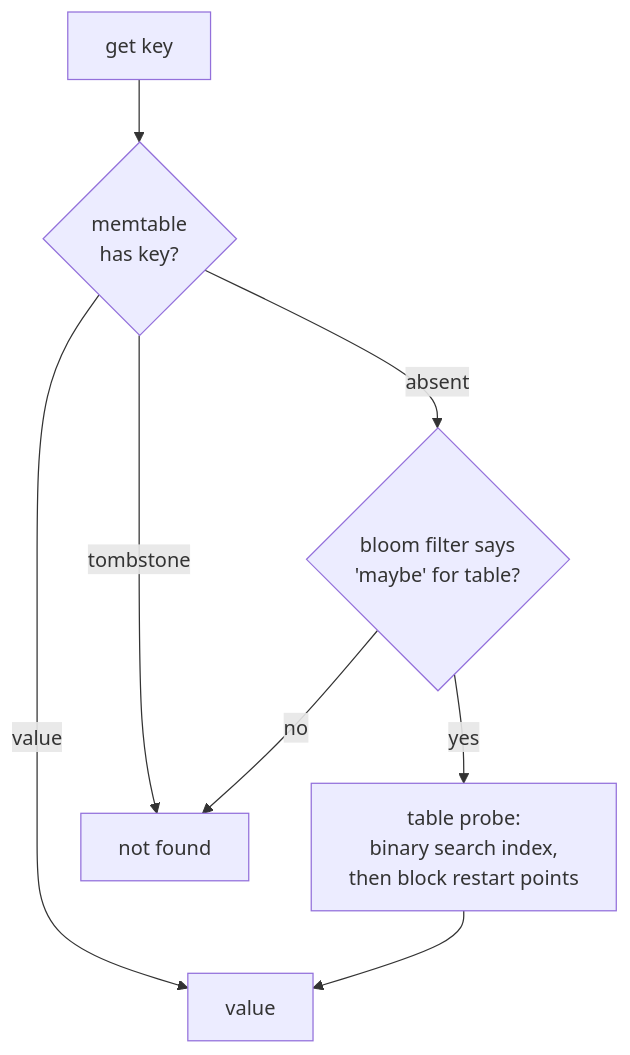
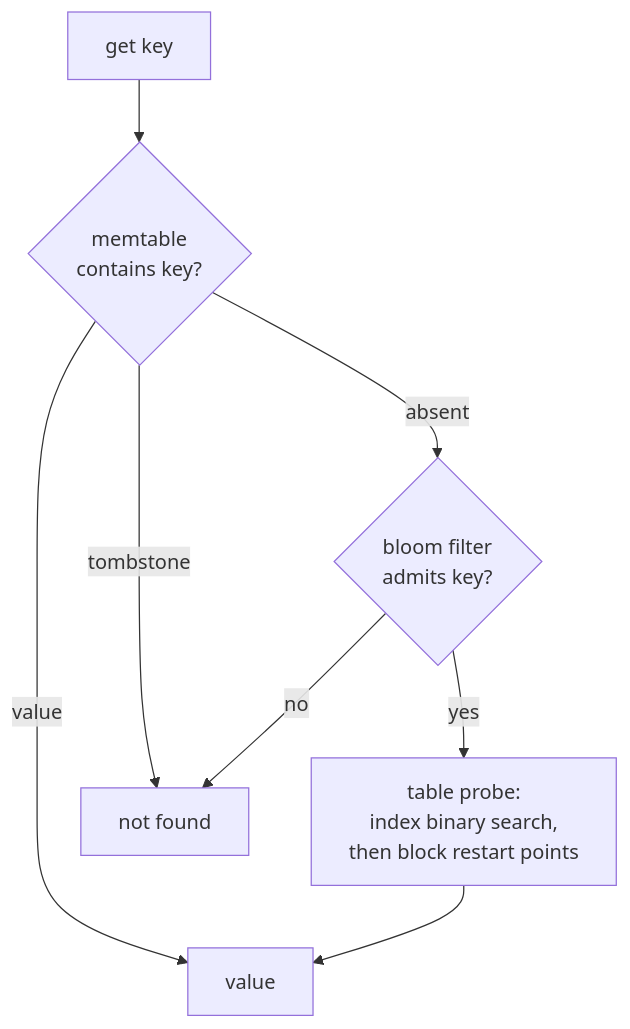
Before and after one commit to aetosdios27/kiban: the second of 2 diagrams in README.md, drawn with Mermaid. The commit also changed other lines of this file, not shown here.

````diff
--- a/README.md
+++ b/README.md
@@ -69,9 +61,9 @@
 ```mermaid
 flowchart TD
-    Q[get key] --> M{memtable<br/>has key?}
+    Q[get key] --> M{memtable<br/>contains key?}
     M -- "value" --> R[value]
     M -- "tombstone" --> R0[not found]
-    M -- "absent" --> B{"bloom filter says<br/>'maybe' for table?"}
+    M -- "absent" --> B{"bloom filter<br/>admits key?"}
     B -- "no" --> R0
-    B -- "yes" --> T[table probe:<br/>binary search index,<br/>then block restart points] --> R
+    B -- "yes" --> T[table probe:<br/>index binary search,<br/>then block restart points] --> R
 ```
````
